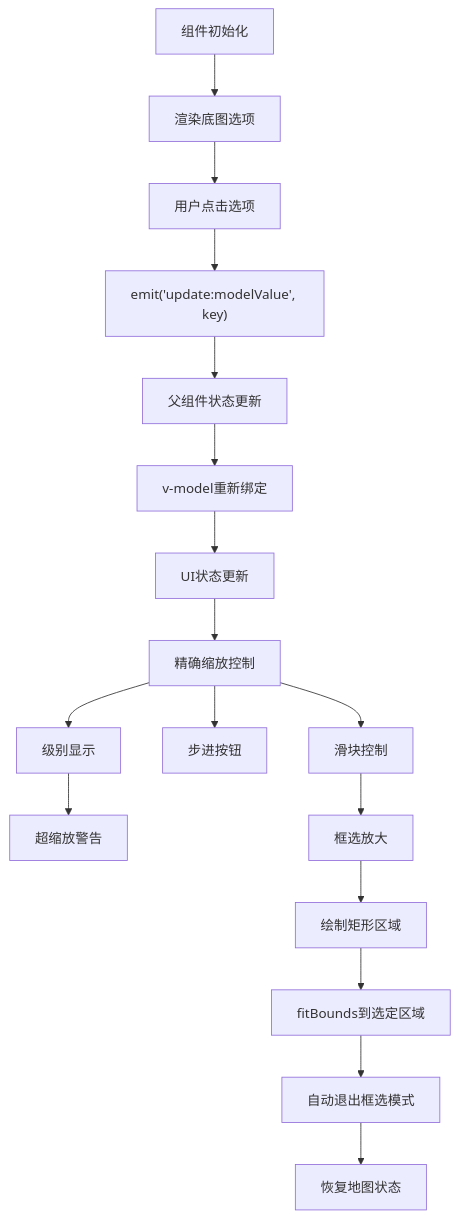
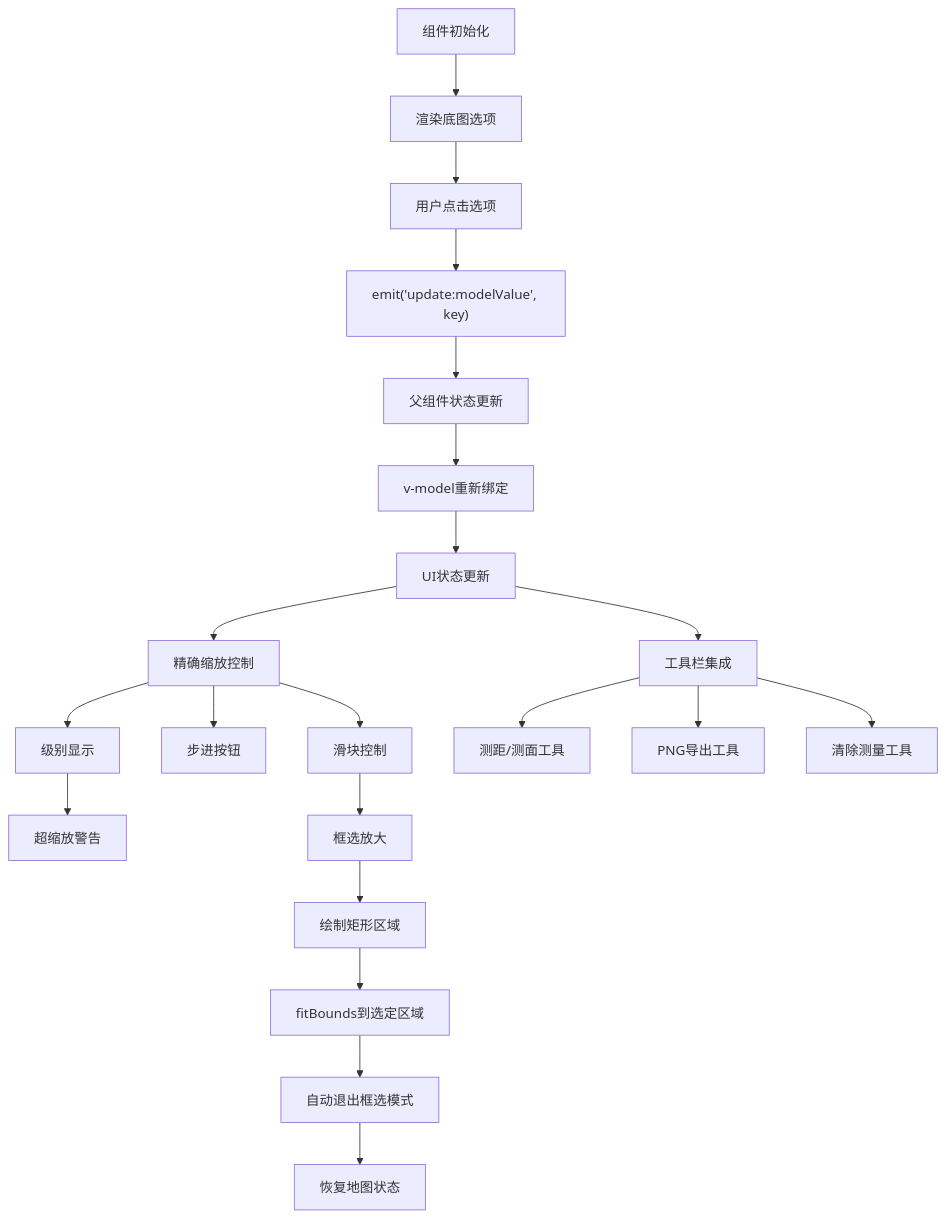
The third of 11 diagrams in .qoder/repowiki/zh/content/前端应用文档/地图可视化.md (q446328246/agri-platform), drawn with Mermaid before and after one commit. The commit also changed other lines of this file and 48 other files, not shown here.

````diff
--- a/.qoder/repowiki/zh/content/前端应用文档/地图可视化.md
+++ b/.qoder/repowiki/zh/content/前端应用文档/地图可视化.md
@@ -269,19 +289,23 @@
 ```mermaid
 flowchart TD
 Init["组件初始化"] --> RenderOptions["渲染底图选项"]
 RenderOptions --> UserClick["用户点击选项"]
 UserClick --> EmitEvent["emit('update:modelValue', key)"]
 EmitEvent --> ParentUpdate["父组件状态更新"]
 ParentUpdate --> Rebind["v-model重新绑定"]
 Rebind --> UpdateUI["UI状态更新"]
 UpdateUI --> ZoomControl["精确缩放控制"]
 ZoomControl --> Slider["滑块控制"]
 ZoomControl --> Steps["步进按钮"]
 ZoomControl --> LevelDisplay["级别显示"]
 LevelDisplay --> OverWarning["超缩放警告"]
 Slider --> BoxSelect["框选放大"]
 BoxSelect --> RectangleDraw["绘制矩形区域"]
 RectangleDraw --> FitBounds["fitBounds到选定区域"]
 FitBounds --> AutoExit["自动退出框选模式"]
 AutoExit --> RestoreState["恢复地图状态"]
+UpdateUI --> ToolBar["工具栏集成"]
+ToolBar --> MeasureTools["测距/测面工具"]
+ToolBar --> ExportTool["PNG导出工具"]
+ToolBar --> ClearTool["清除测量工具"]
 ```
````
